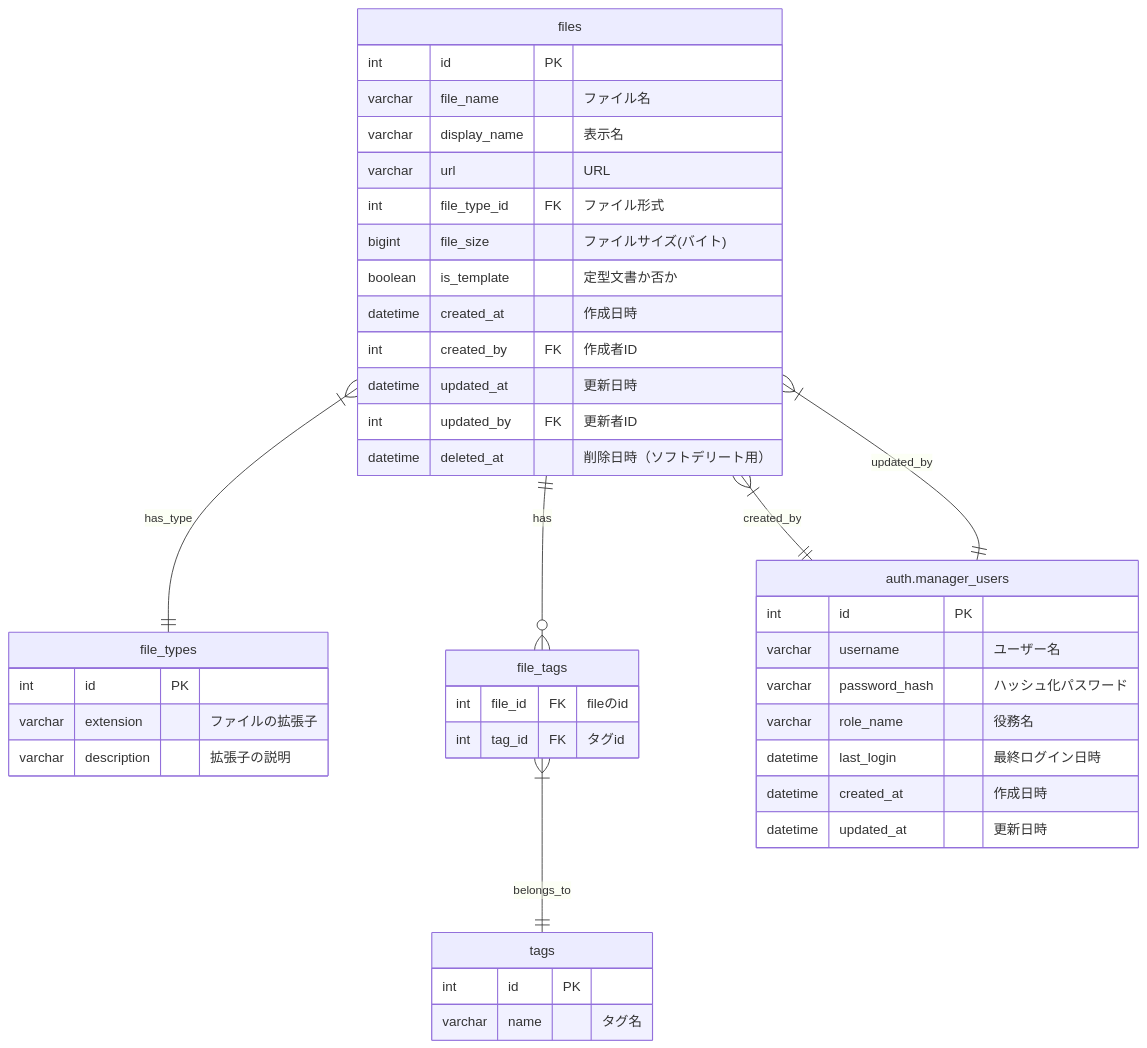
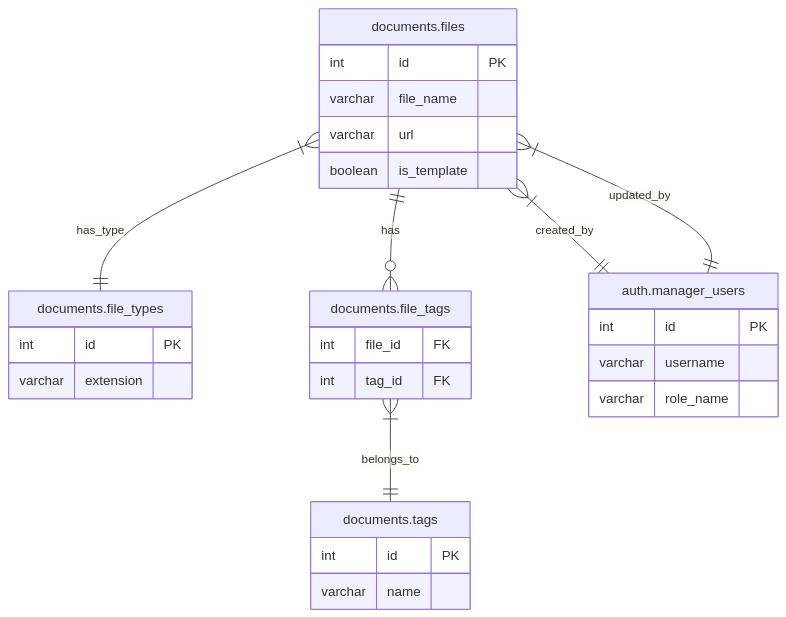
Before and after one commit to tsuchinoko0402/han-saku-zephyr: the diagram in README.md, drawn with Mermaid. The commit also changed other lines of this file and 1 other file, not shown here.

Commit message:
ドキュメントを追加・更新

````diff
--- a/README.md
+++ b/README.md
@@ -13,49 +13,36 @@
 ```mermaid
 erDiagram
-  files {
+  "documents.files" {
     int id PK
-    varchar file_name "ファイル名"
-    varchar display_name "表示名"
-    varchar url "URL"
-    int file_type_id FK "ファイル形式"
-    bigint file_size "ファイルサイズ(バイト)"
-    boolean is_template "定型文書か否か"
-    datetime created_at "作成日時"
-    int created_by FK "作成者ID"
-    datetime updated_at "更新日時" 
-    int updated_by FK "更新者ID"
-    datetime deleted_at "削除日時（ソフトデリート用）"
+    varchar file_name
+    varchar url
+    boolean is_template
   }
   
-  file_types {
+  "documents.file_types" {
     int id PK
-    varchar extension "ファイルの拡張子"
-    varchar description "拡張子の説明"
+    varchar extension
   }
   
-  file_tags {
-    int file_id FK "fileのid"
-    int tag_id FK "タグid"
+  "documents.tags" {
+    int id PK
+    varchar name
   }
   
-  tags {
-    int id PK
-    varchar name "タグ名"
+  "documents.file_tags" {
+    int file_id FK
+    int tag_id FK
   }
   
-  auth.manager_users {
+  "auth.manager_users" {
     int id PK
-    varchar username "ユーザー名"
-    varchar password_hash "ハッシュ化パスワード"
-    varchar role_name "役務名"
-    datetime last_login "最終ログイン日時"
-    datetime created_at "作成日時"
-    datetime updated_at "更新日時"
+    varchar username
+    varchar role_name
   }
   
-  files ||--o{ file_tags : "has"
-  files }|--|| file_types : "has_type"
-  files }|--|| auth.manager_users : "created_by"
-  files }|--|| auth.manager_users : "updated_by"
-  file_tags }|--|| tags : "belongs_to"
+  "documents.files" ||--o{ "documents.file_tags" : "has"
+  "documents.files" }|--|| "documents.file_types"  : "has_type"
+  "documents.files" }|--|| "auth.manager_users" : "created_by"
+  "documents.files" }|--|| "auth.manager_users" : "updated_by"
+  "documents.file_tags" }|--|| "documents.tags" : "belongs_to"
 ```
````
